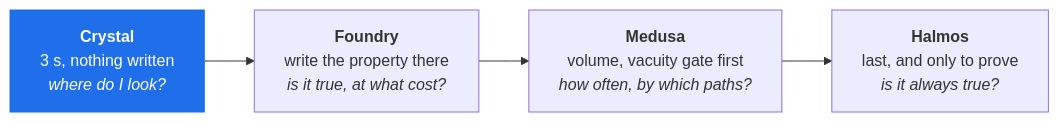
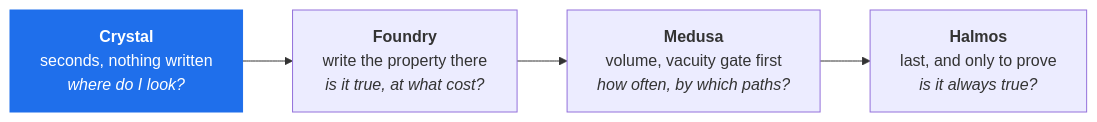
Before and after one commit to Valisthea/crystal: the first of 3 diagrams in README.md, drawn with Mermaid. The commit also changed other lines of this file, not shown here.

````diff
--- a/README.md
+++ b/README.md
@@ -130,9 +175,9 @@
 ```mermaid
 flowchart LR
-    C["<b>Crystal</b><br/>3 s, nothing written<br/><i>where do I look?</i>"]
+    C["<b>Crystal</b><br/>seconds, nothing written<br/><i>where do I look?</i>"]
     F["<b>Foundry</b><br/>write the property there<br/><i>is it true, at what cost?</i>"]
     M["<b>Medusa</b><br/>volume, vacuity gate first<br/><i>how often, by which paths?</i>"]
     H["<b>Halmos</b><br/>last, and only to prove<br/><i>is it always true?</i>"]
     C --> F --> M --> H
     style C fill:#1f6feb,color:#fff,stroke:#1f6feb
 ```
````
